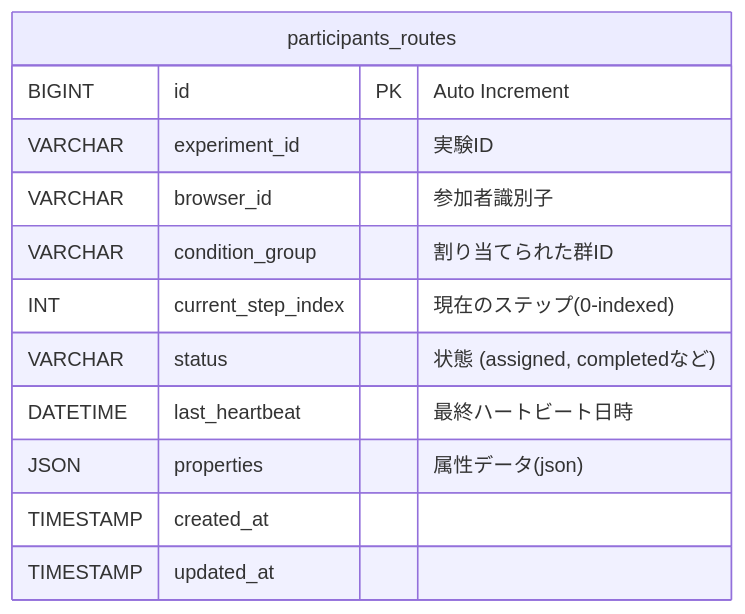
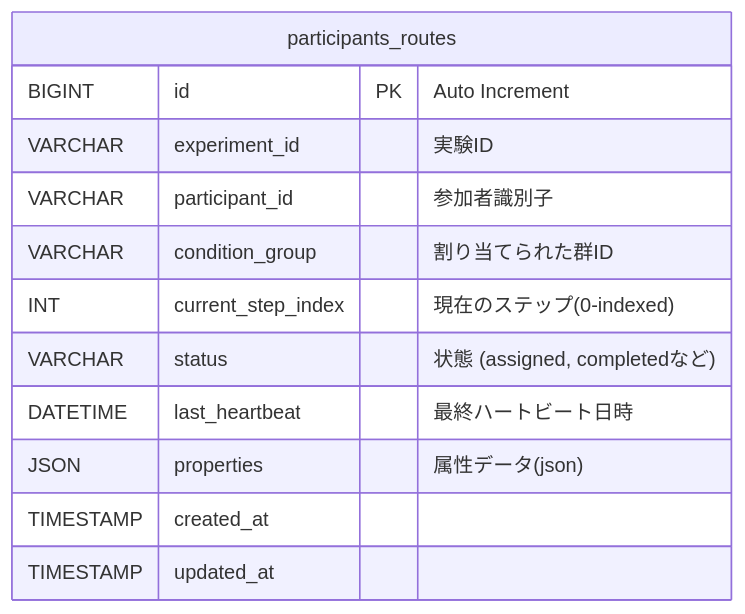
The diagram in CONTRIBUTING.md (miyamoto-hai-lab/participants-router), drawn with Mermaid before and after one commit. The commit also changed other lines of this file and 14 other files, not shown here.

````diff
--- a/CONTRIBUTING.md
+++ b/CONTRIBUTING.md
@@ -33,15 +33,15 @@
 ```mermaid
 erDiagram
     participants_routes {
         BIGINT id PK "Auto Increment"
         VARCHAR experiment_id "実験ID"
-        VARCHAR browser_id "参加者識別子"
+        VARCHAR participant_id "参加者識別子"
         VARCHAR condition_group "割り当てられた群ID"
         INT current_step_index "現在のステップ(0-indexed)"
         VARCHAR status "状態 (assigned, completedなど)"
         DATETIME last_heartbeat "最終ハートビート日時"
         JSON properties "属性データ(json)"
         TIMESTAMP created_at
         TIMESTAMP updated_at
     }
 ```
````
